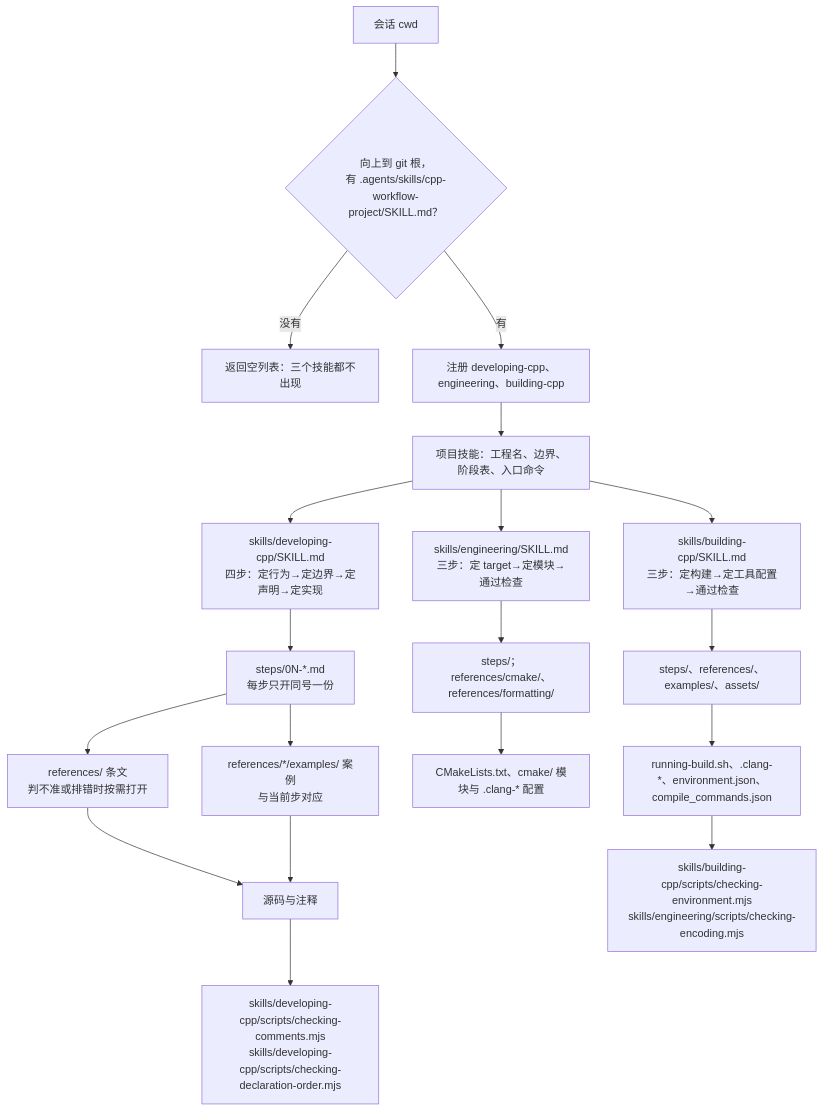
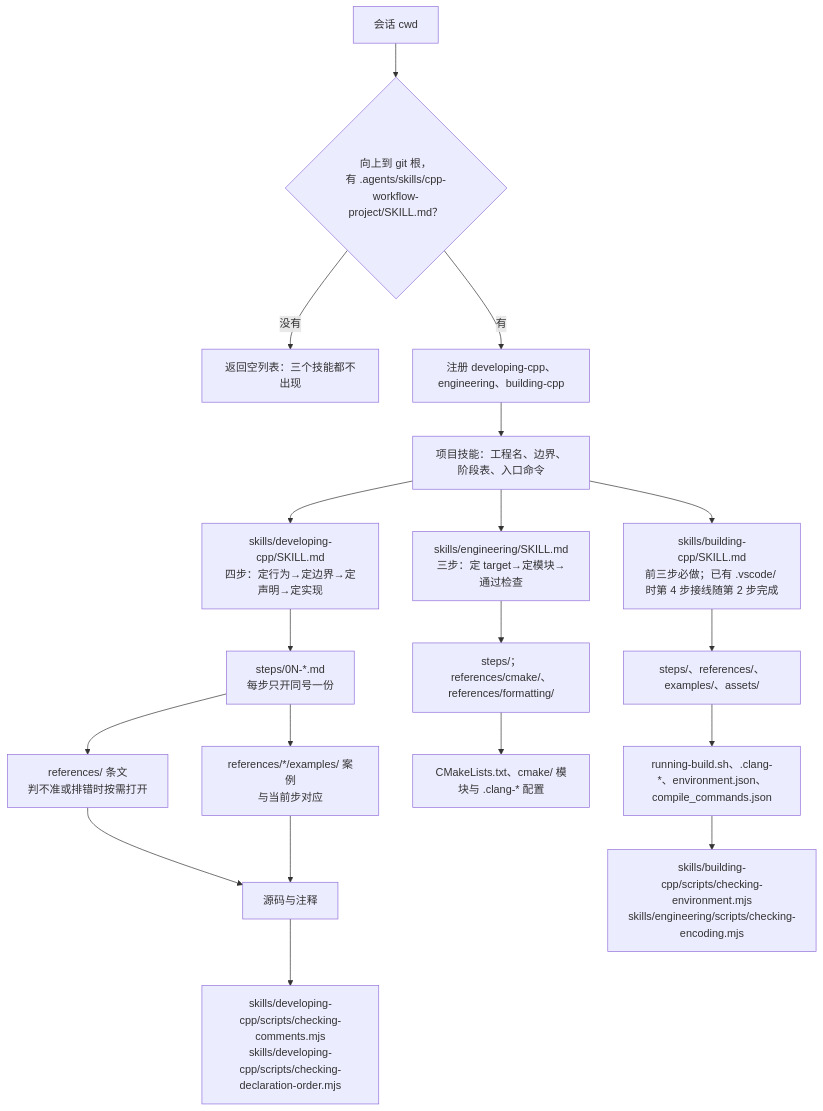
One commit to chengzhao-dev/dsh-cpp-workflow changed the diagram in docs/architecture.md. Above: the diagram before and after it, drawn with Mermaid. The commit also changed other lines of this file and 48 other files, not shown here.

````diff
--- a/docs/architecture.md
+++ b/docs/architecture.md
@@ -7,21 +7,21 @@
 ```mermaid
 flowchart TD
     A["会话 cwd"] --> B{"向上到 git 根，<br/>有 .agents/skills/cpp-workflow-project/SKILL.md？"}
     B -- 没有 --> C["返回空列表：三个技能都不出现"]
     B -- 有 --> D["注册 developing-cpp、engineering、building-cpp"]
     D --> E["项目技能：工程名、边界、阶段表、入口命令"]
     E --> F["skills/developing-cpp/SKILL.md<br/>四步：定行为→定边界→定声明→定实现"]
     F --> G["steps/0N-*.md<br/>每步只开同号一份"]
     G --> H["references/ 条文<br/>判不准或排错时按需打开"]
     G --> I["references/*/examples/ 案例<br/>与当前步对应"]
     H --> J["源码与注释"]
     I --> J
     J --> K["skills/developing-cpp/scripts/checking-comments.mjs<br/>skills/developing-cpp/scripts/checking-declaration-order.mjs"]
     E --> L["skills/engineering/SKILL.md<br/>三步：定 target→定模块→通过检查"]
     L --> M["steps/；references/cmake/、references/formatting/"]
     M --> N["CMakeLists.txt、cmake/ 模块与 .clang-* 配置"]
-    E --> O["skills/building-cpp/SKILL.md<br/>三步：定构建→定工具配置→通过检查"]
+    E --> O["skills/building-cpp/SKILL.md<br/>前三步必做；已有 .vscode/ 时第 4 步接线随第 2 步完成"]
     O --> P["steps/、references/、examples/、assets/"]
     P --> Q["running-build.sh、.clang-*、environment.json、compile_commands.json"]
     Q --> R["skills/building-cpp/scripts/checking-environment.mjs<br/>skills/engineering/scripts/checking-encoding.mjs"]
 ```
````
